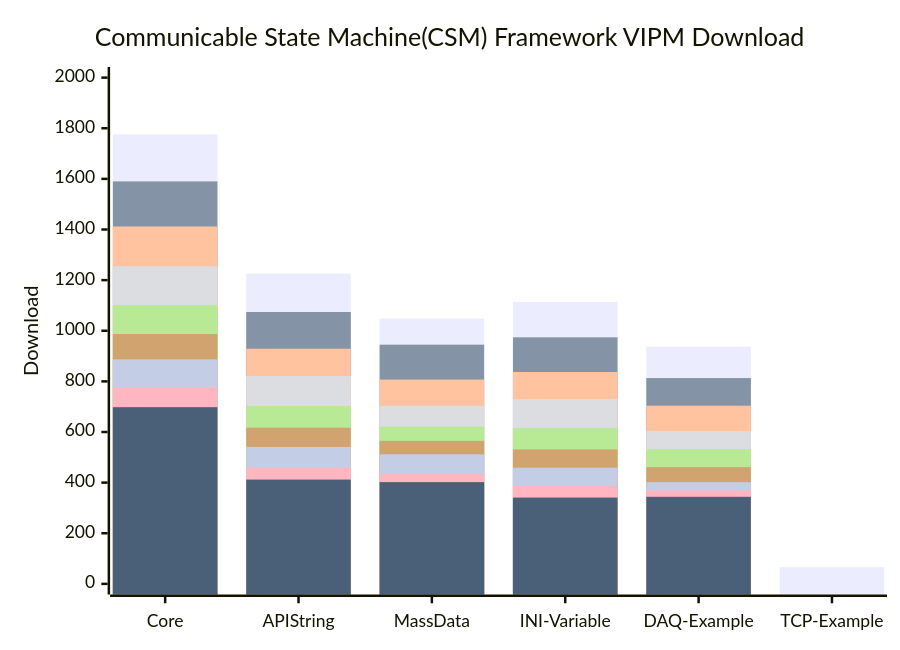
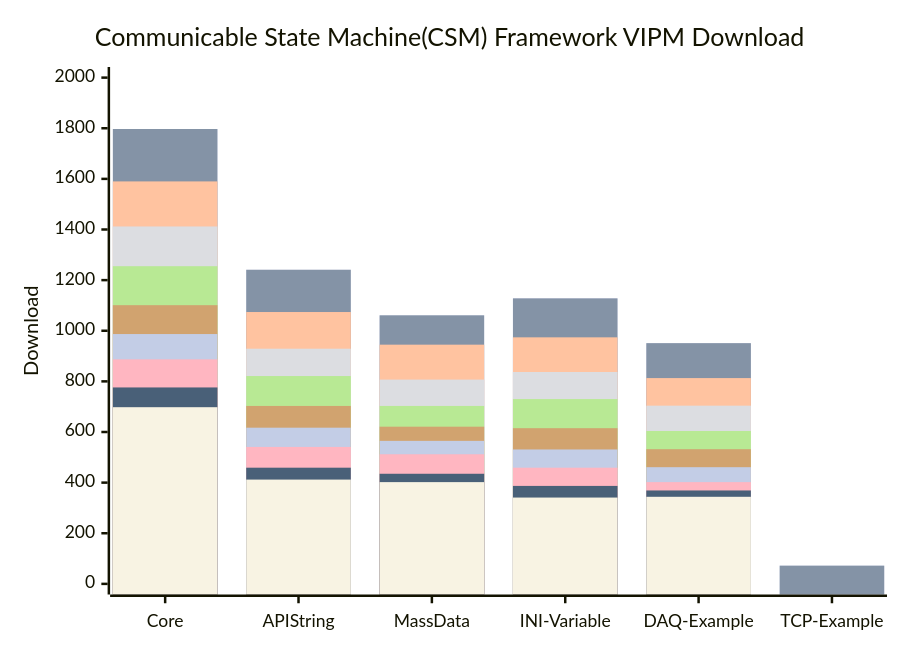
One commit to NEVSTOP-LAB/.github changed the diagram in profile/README.md. Above: the diagram before and after it, drawn with Mermaid.

````diff
--- a/profile/README.md
+++ b/profile/README.md
@@ -31,15 +31,16 @@
 ```mermaid
     xychart-beta
     title "Communicable State Machine(CSM) Framework VIPM Download"
     x-axis [Core, API String, MassData, INI-Variable, DAQ-Example, TCP-Example]
     y-axis "Download" 0 --> 2000
-    bar   [1776, 1226, 1048, 1114, 937, 66]
+    bar   [1797, 1241, 1061, 1128, 951, 72]
+    bar   [1797, 1241, 1061, 1128, 951, 72]
     bar   [1590, 1074, 945, 974, 813]
     bar   [1412, 929, 807, 837, 704]
     bar   [1255, 821, 703, 730, 604]
     bar   [1101, 703, 621, 615, 532]
     bar   [987, 617, 565, 531, 461]
     bar   [887, 541, 512, 459, 402]
     bar   [776, 459, 435, 387, 369]
     bar   [698, 412, 402, 341, 344]
 ```
````
